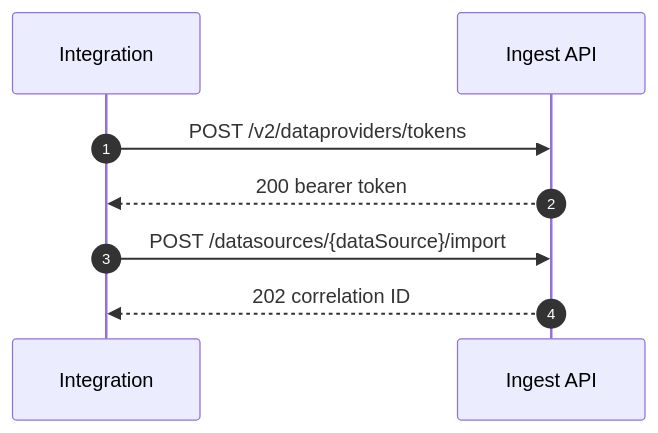
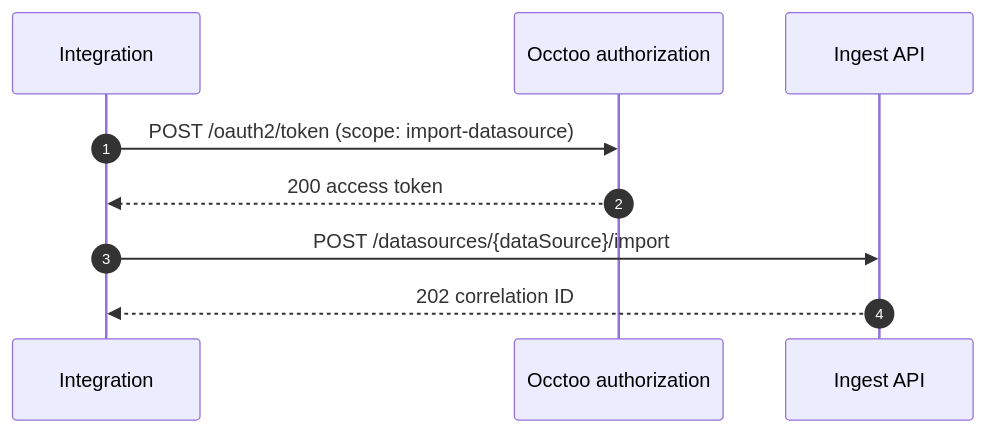
The second of 7 diagrams in api-reference/ingest/overview.mdx (Occtoo/docs), drawn with Mermaid before and after one commit. The commit also changed other lines of this file and 5 other files, not shown here.

Commit message:
docs: use OAuth for data provider tokens

````diff
--- a/api-reference/ingest/overview.mdx
+++ b/api-reference/ingest/overview.mdx
@@ -42,11 +42,12 @@
       ```mermaid
       sequenceDiagram
         autonumber
         participant Integration
+        participant Auth as Occtoo authorization
         participant API as Ingest API
 
-        Integration->>API: POST /v2/dataproviders/tokens
-        API-->>Integration: 200 bearer token
+        Integration->>Auth: POST /oauth2/token (scope: import-datasource)
+        Auth-->>Integration: 200 access token
         Integration->>API: POST /datasources/{dataSource}/import
         API-->>Integration: 202 correlation ID
       ```
````
